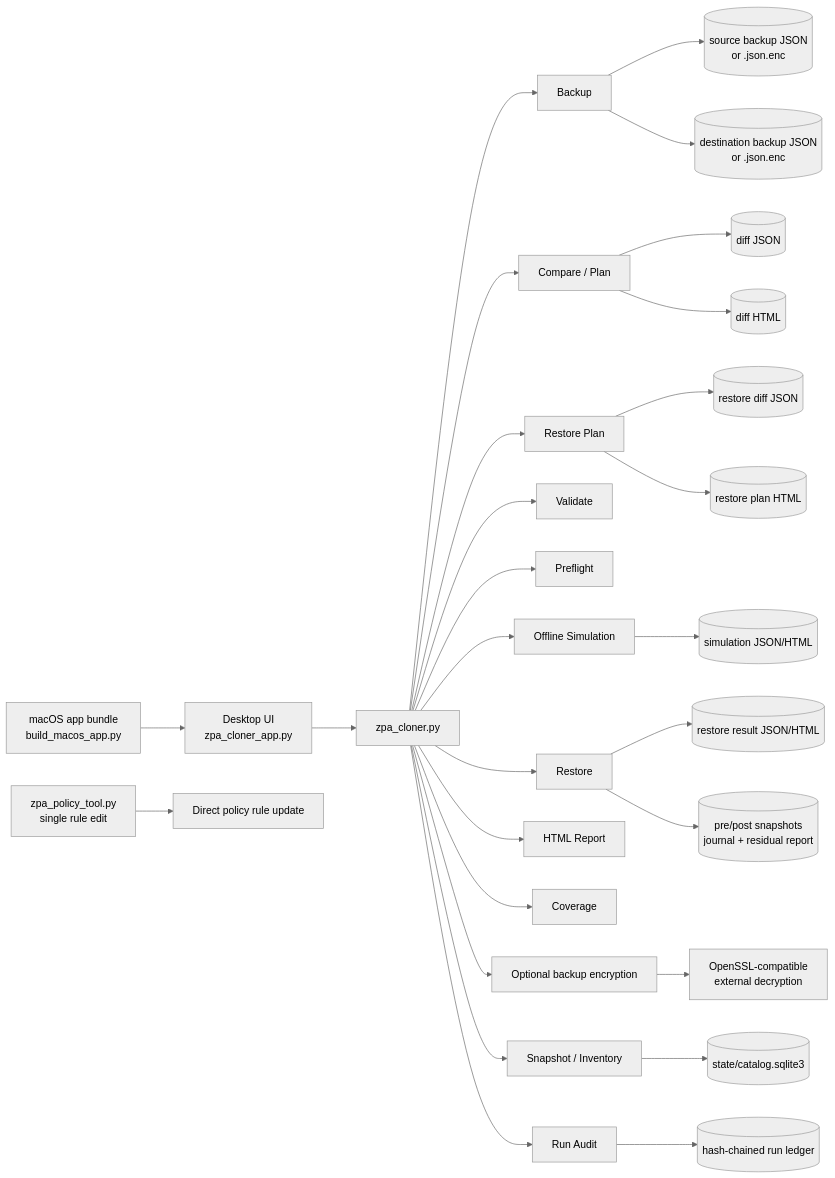
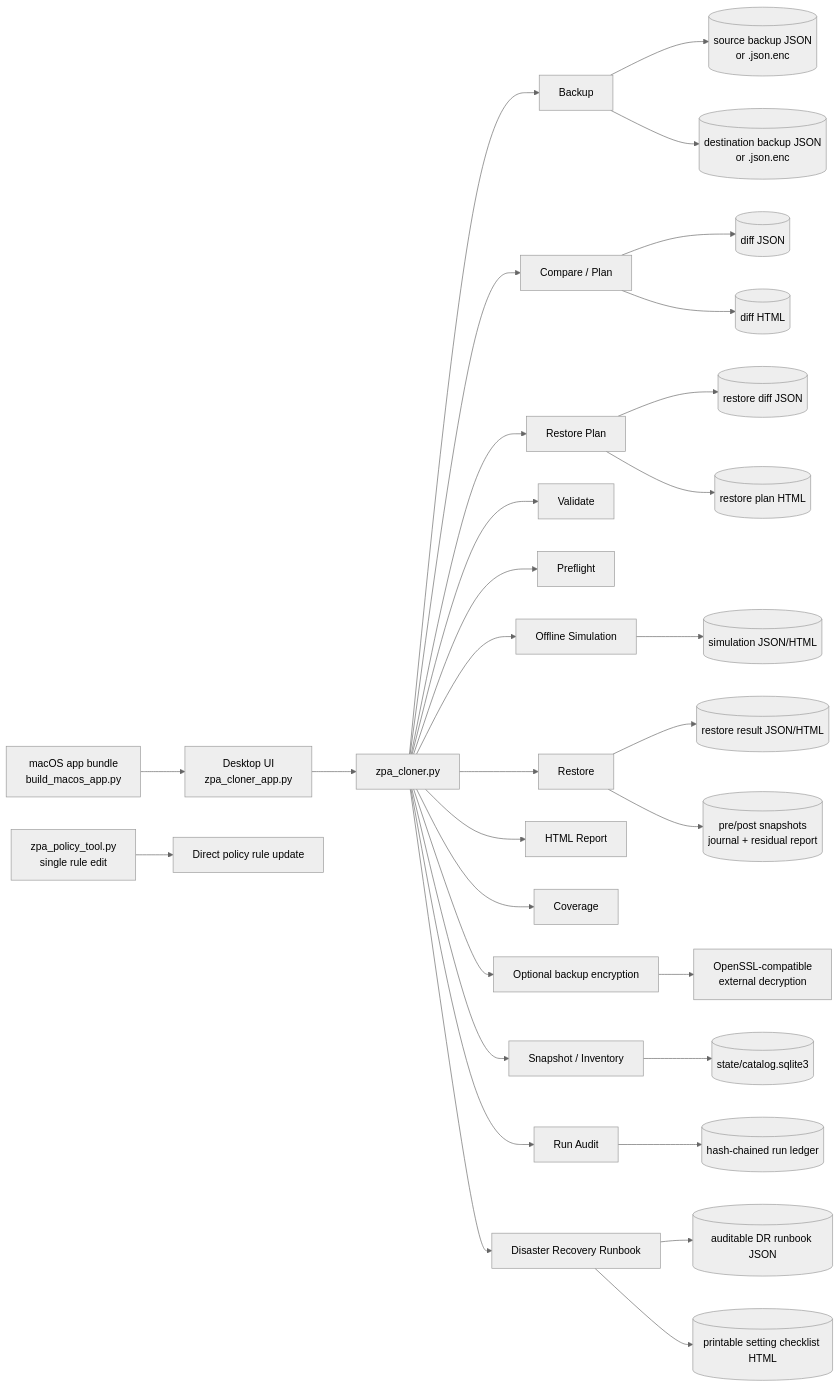
Before and after one commit to EggertsIT/ZPA-BackupNrestore: the first of 14 diagrams in docs/PROCESS.md, drawn with Mermaid (neutral theme). The commit also changed other lines of this file and 15 other files, not shown here.

Commit message:
feat: add auditable disaster recovery runbooks

````diff
--- a/docs/PROCESS.md
+++ b/docs/PROCESS.md
@@ -9,33 +9,36 @@
 ```mermaid
 flowchart LR
     UI[Desktop UI<br/>zpa_cloner_app.py] --> CLI[zpa_cloner.py]
     AppBundle[macOS app bundle<br/>build_macos_app.py] --> UI
 
     CLI --> Backup[Backup]
     CLI --> Compare[Compare / Plan]
     CLI --> RestorePlan[Restore Plan]
     CLI --> Validate[Validate]
     CLI --> Preflight[Preflight]
     CLI --> Simulation[Offline Simulation]
     CLI --> Restore[Restore]
     CLI --> Report[HTML Report]
     CLI --> Coverage[Coverage]
     CLI --> Encryption[Optional backup encryption]
     CLI --> SnapshotCatalog[Snapshot / Inventory]
     CLI --> RunAudit[Run Audit]
+    CLI --> DR[Disaster Recovery Runbook]
 
     SingleRule[zpa_policy_tool.py<br/>single rule edit] --> DirectPolicyWrite[Direct policy rule update]
 
     Backup --> SourceBackup[(source backup JSON<br/>or .json.enc)]
     Backup --> DestinationBackup[(destination backup JSON<br/>or .json.enc)]
     Compare --> Diff[(diff JSON)]
     Compare --> CompareReport[(diff HTML)]
     RestorePlan --> RestoreDiff[(restore diff JSON)]
     RestorePlan --> RestoreReport[(restore plan HTML)]
     Simulation --> SimulationResult[(simulation JSON/HTML)]
     Restore --> RestoreResult[(restore result JSON/HTML)]
     SnapshotCatalog --> Catalog[(state/catalog.sqlite3)]
     RunAudit --> Ledger[(hash-chained run ledger)]
+    DR --> DRJson[(auditable DR runbook JSON)]
+    DR --> DRHtml[(printable setting checklist HTML)]
     Restore --> RestoreChecks[(pre/post snapshots<br/>journal + residual report)]
     Encryption --> OpenSSL[OpenSSL-compatible<br/>external decryption]
 ```
````
